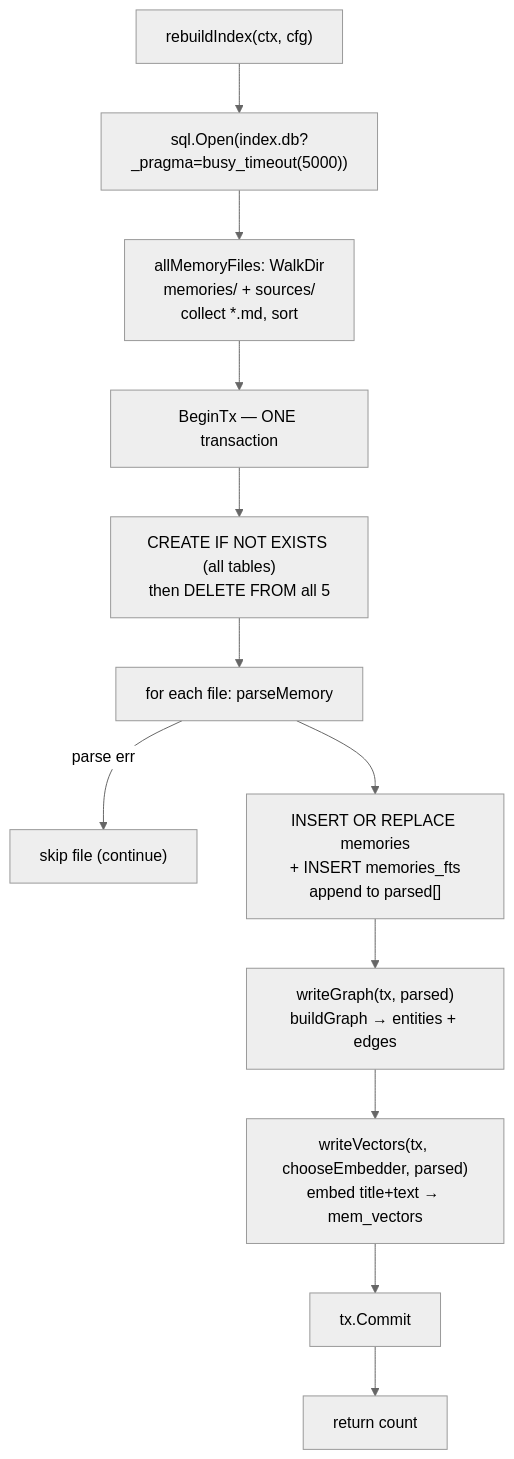
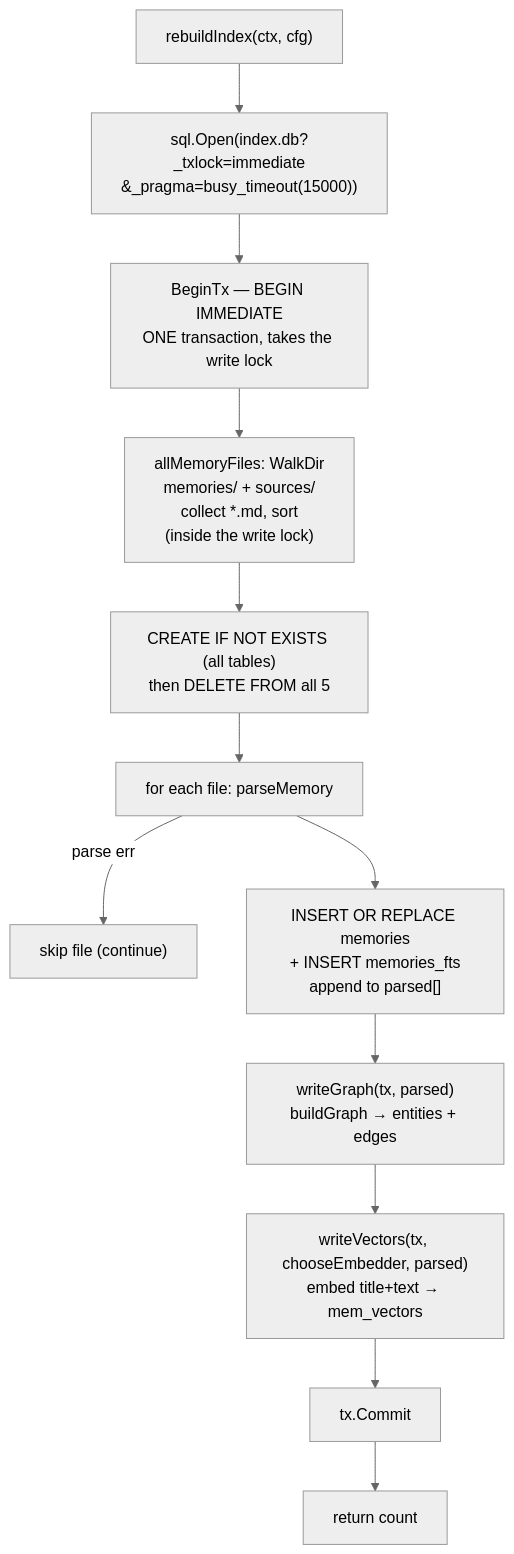
One commit to pyranthus-hq/mora changed the fourth of 4 diagrams in docs/architecture/01-data-model-and-storage.md. Above: the diagram before and after it, drawn with Mermaid (neutral theme). The commit also changed other lines of this file, not shown here.

Commit message:
docs(architecture): rebuild lists the vault inside the write lock
Update the rebuildIndex pipeline diagram and prose in
01-data-model-and-storage.md to match the fix: BeginTx (BEGIN IMMEDIATE)
takes the writer lock first, then allMemoryFiles lists the vault inside that
lock. Explains the snapshot-before-lock race the ordering prevents (an older
rebuild's stale snapshot can no longer clobber a newer one; a write landing
after the surviving rebuild's listing is ordinary until-next-rebuild
staleness, not this race) and notes the pure-filesystem listing cannot
deadlock the transaction. Code references in the edited paragraph use
function-name anchors (rebuildIndexWithPolicy / allMemoryFiles /
assessRebuild) instead of drifted raw line numbers.

````diff
--- a/docs/architecture/01-data-model-and-storage.md
+++ b/docs/architecture/01-data-model-and-storage.md
@@ -207,14 +207,14 @@
 ```mermaid
 flowchart TD
-    START["rebuildIndex(ctx, cfg)"] --> OPEN["sql.Open(index.db?_pragma=busy_timeout(5000))"]
-    OPEN --> WALK["allMemoryFiles: WalkDir<br/>memories/ + sources/<br/>collect *.md, sort"]
-    WALK --> TX["BeginTx — ONE transaction"]
-    TX --> DDL["CREATE IF NOT EXISTS (all tables)<br/>then DELETE FROM all 5"]
+    START["rebuildIndex(ctx, cfg)"] --> OPEN["sql.Open(index.db?_txlock=immediate<br/>&_pragma=busy_timeout(15000))"]
+    OPEN --> TX["BeginTx — BEGIN IMMEDIATE<br/>ONE transaction, takes the write lock"]
+    TX --> WALK["allMemoryFiles: WalkDir<br/>memories/ + sources/<br/>collect *.md, sort<br/>(inside the write lock)"]
+    WALK --> DDL["CREATE IF NOT EXISTS (all tables)<br/>then DELETE FROM all 5"]
     DDL --> LOOP["for each file: parseMemory"]
     LOOP -->|"parse err"| SKIPF["skip file (continue)"]
     LOOP --> INS["INSERT OR REPLACE memories<br/>+ INSERT memories_fts<br/>append to parsed[]"]
     INS --> GRAPH["writeGraph(tx, parsed)<br/>buildGraph → entities + edges"]
     GRAPH --> VEC["writeVectors(tx, chooseEmbedder, parsed)<br/>embed title+text → mem_vectors"]
     VEC --> COMMIT["tx.Commit"]
     COMMIT --> N["return count"]
 ```
````
